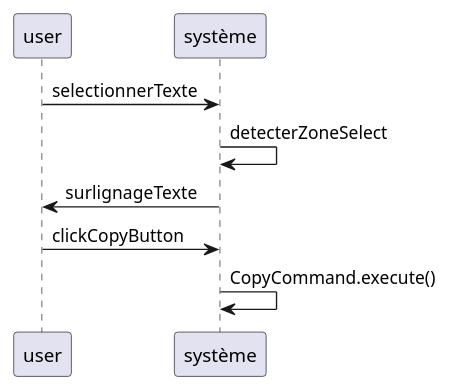
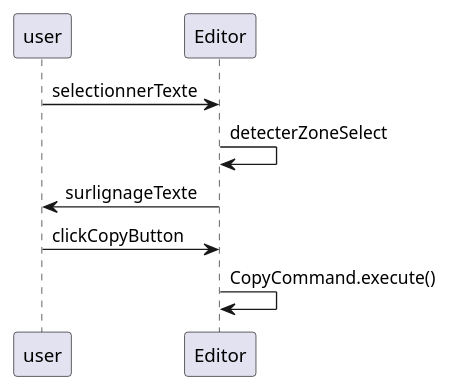
The third of 10 diagrams in Readme.md (kiurow590/ESIR2_OMD_Project_Editor), drawn with PlantUML before and after one commit. The commit also changed other lines of this file and 6 other files, not shown here.

Commit message:
Mise a jour du readme avec ajout de la V1 + image et correction des diagramme + ajout de la V2 avec diag mais en attente de rediscussion

````diff
--- a/Readme.md
+++ b/Readme.md
@@ -182,10 +188,10 @@
 ```plantuml
 @startuml
 'https://plantuml.com/sequence-diagram
-user -> système: selectionnerTexte
-système -> système: detecterZoneSelect
-système -> user: surlignageTexte
-user -> système: clickCopyButton
-système -> système: CopyCommand.execute()
+user -> Editor: selectionnerTexte
+Editor -> Editor: detecterZoneSelect
+Editor -> user: surlignageTexte
+user -> Editor: clickCopyButton
+Editor -> Editor: CopyCommand.execute()
 @enduml
 ```
````
